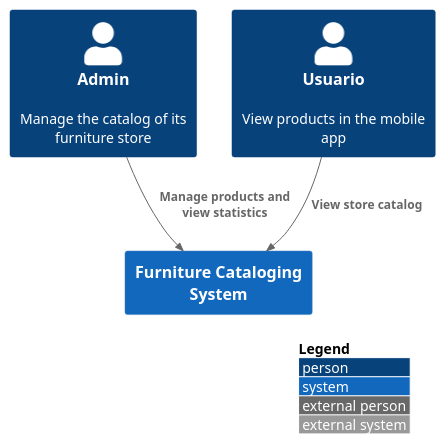
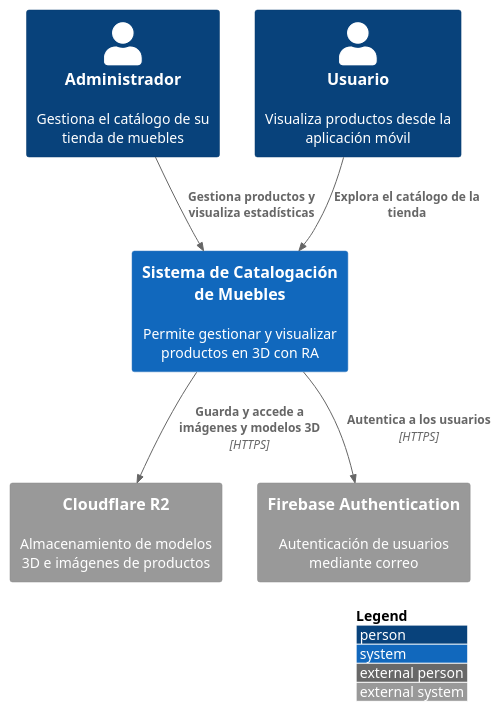
Before and after one commit to SCI-degree-project/docs: the diagram in c4 diagram/lvl1-context.puml, drawn with PlantUML. The commit also changed 2 other files, not shown here.

```diff
--- a/c4 diagram/lvl1-context.puml
+++ b/c4 diagram/lvl1-context.puml
@@ -1,14 +1,20 @@
 @startuml ""
 !includeurl https://raw.githubusercontent.com/plantuml-stdlib/C4-PlantUML/master/C4_Context.puml
 
 LAYOUT_WITH_LEGEND()
 
-Person(admin, "Admin", "Manage the catalog of its furniture store")
-Person(user, "Usuario", "View products in the mobile app")
+Person(admin, "Administrador", "Gestiona el catálogo de su tienda de muebles")
+Person(user, "Usuario", "Visualiza productos desde la aplicación móvil")
 
-System(system, "Furniture Cataloging System")
+System(system, "Sistema de Catalogación de Muebles", "Permite gestionar y visualizar productos en 3D con RA")
 
-Rel(admin, system, "Manage products and view statistics")
-Rel(user, system, "View store catalog")
+System_Ext(cloudflare, "Cloudflare R2", "Almacenamiento de modelos 3D e imágenes de productos")
+System_Ext(firebase, "Firebase Authentication", "Autenticación de usuarios mediante correo")
+
+Rel(admin, system, "Gestiona productos y visualiza estadísticas")
+Rel(user, system, "Explora el catálogo de la tienda")
+
+Rel(system, cloudflare, "Guarda y accede a imágenes y modelos 3D", "HTTPS")
+Rel(system, firebase, "Autentica a los usuarios", "HTTPS")
 
 @enduml
```
